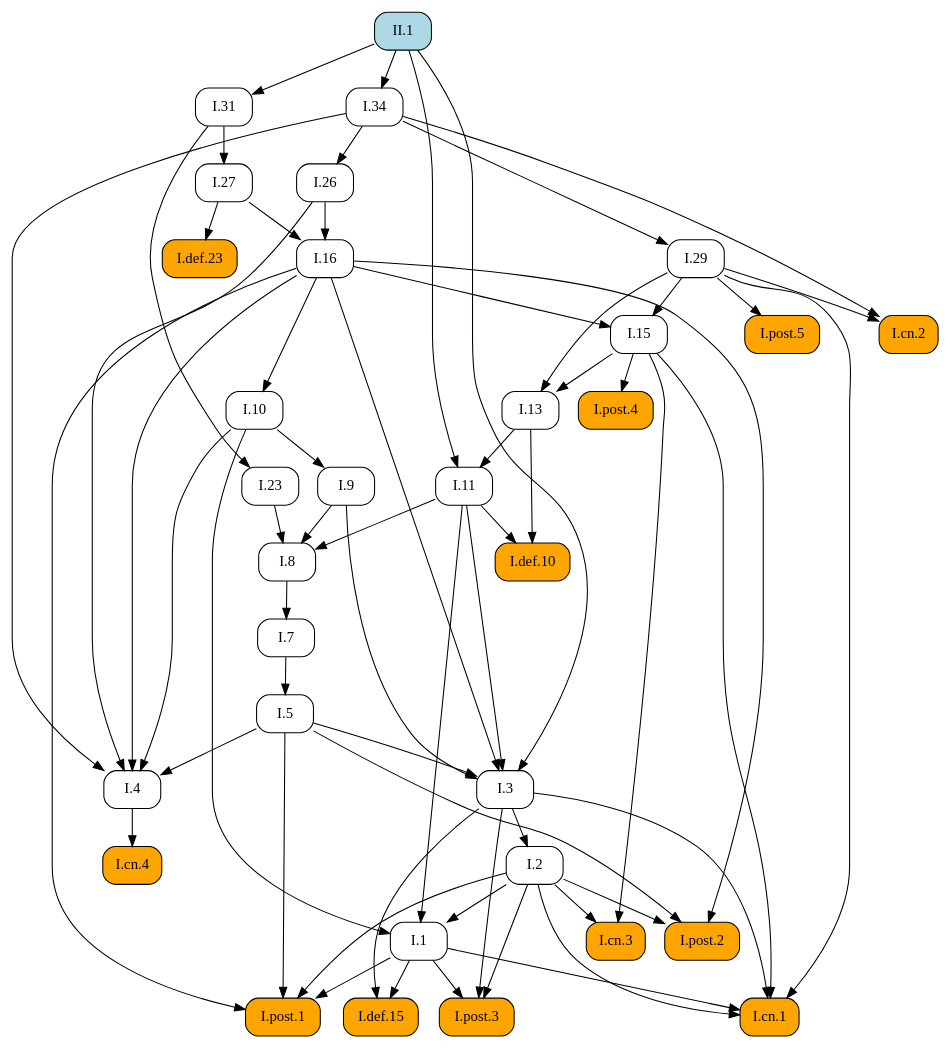
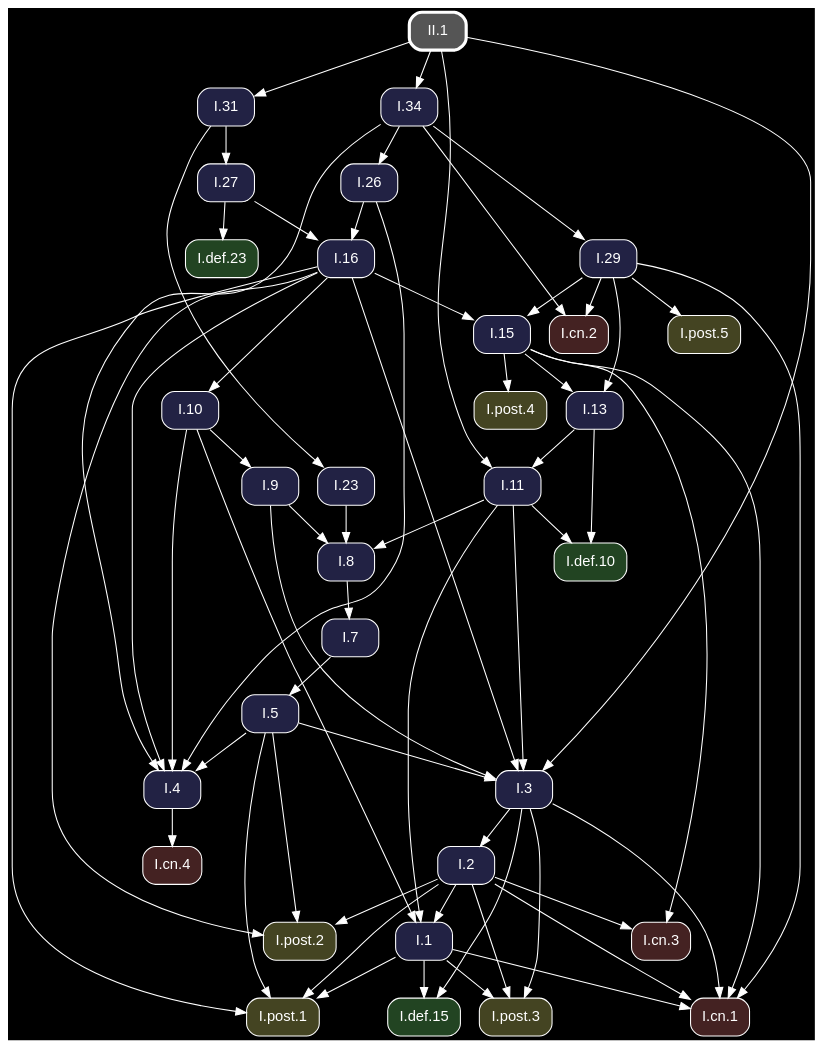
The diagram in docsrc/heath/II/1/index.rst (geometor/elements), drawn with Graphviz before and after one commit. The commit also changed other lines of this file and 1200 other files, not shown here.

Commit message:
update dependency graphs

```diff
--- a/docsrc/heath/II/1/index.rst
+++ b/docsrc/heath/II/1/index.rst
@@ -48,100 +48,102 @@
 .. graphviz::
 
    digraph {
+     bgcolor="black";
+     node [shape=box, style="rounded,filled", fontname="Helvetica", color="white", fontcolor="white"];
+     edge [color="white", fontcolor="white"];
      rankdir="TB";
-     node [shape=box, style=rounded];
-     "I.23" [URL="/heath/I/23/", target="_top"];
-     "I.9" [URL="/heath/I/9/", target="_top"];
-     "I.cn.1" [style="rounded,filled", fillcolor=orange, URL="/heath/I/cn.1/", target="_top"];
-     "II.1" [style="rounded,filled", fillcolor=lightblue, URL="/heath/II/1/", target="_top"];
-     "I.7" [URL="/heath/I/7/", target="_top"];
-     "I.2" [URL="/heath/I/2/", target="_top"];
-     "I.def.15" [style="rounded,filled", fillcolor=orange, URL="/heath/I/def.15/", target="_top"];
-     "I.13" [URL="/heath/I/13/", target="_top"];
-     "I.post.4" [style="rounded,filled", fillcolor=orange, URL="/heath/I/post.4/", target="_top"];
-     "I.4" [URL="/heath/I/4/", target="_top"];
-     "I.1" [URL="/heath/I/1/", target="_top"];
-     "I.post.3" [style="rounded,filled", fillcolor=orange, URL="/heath/I/post.3/", target="_top"];
-     "I.post.1" [style="rounded,filled", fillcolor=orange, URL="/heath/I/post.1/", target="_top"];
-     "I.5" [URL="/heath/I/5/", target="_top"];
-     "I.8" [URL="/heath/I/8/", target="_top"];
-     "I.29" [URL="/heath/I/29/", target="_top"];
-     "I.cn.3" [style="rounded,filled", fillcolor=orange, URL="/heath/I/cn.3/", target="_top"];
-     "I.16" [URL="/heath/I/16/", target="_top"];
-     "I.31" [URL="/heath/I/31/", target="_top"];
-     "I.def.10" [style="rounded,filled", fillcolor=orange, URL="/heath/I/def.10/", target="_top"];
-     "I.15" [URL="/heath/I/15/", target="_top"];
-     "I.10" [URL="/heath/I/10/", target="_top"];
-     "I.11" [URL="/heath/I/11/", target="_top"];
-     "I.def.23" [style="rounded,filled", fillcolor=orange, URL="/heath/I/def.23/", target="_top"];
-     "I.cn.2" [style="rounded,filled", fillcolor=orange, URL="/heath/I/cn.2/", target="_top"];
-     "I.27" [URL="/heath/I/27/", target="_top"];
-     "I.post.5" [style="rounded,filled", fillcolor=orange, URL="/heath/I/post.5/", target="_top"];
-     "I.cn.4" [style="rounded,filled", fillcolor=orange, URL="/heath/I/cn.4/", target="_top"];
-     "I.post.2" [style="rounded,filled", fillcolor=orange, URL="/heath/I/post.2/", target="_top"];
-     "I.26" [URL="/heath/I/26/", target="_top"];
-     "I.34" [URL="/heath/I/34/", target="_top"];
-     "I.3" [URL="/heath/I/3/", target="_top"];
-     "I.31" -> "I.23";
-     "I.10" -> "I.9";
+     "I.31" [fillcolor="#222244", URL="/heath/I/31/", target="_top"];
+     "I.3" [fillcolor="#222244", URL="/heath/I/3/", target="_top"];
+     "I.post.1" [fillcolor="#444422", URL="/heath/I/post.1/", target="_top"];
+     "I.cn.1" [fillcolor="#442222", URL="/heath/I/cn.1/", target="_top"];
+     "I.def.10" [fillcolor="#224422", URL="/heath/I/def.10/", target="_top"];
+     "I.15" [fillcolor="#222244", URL="/heath/I/15/", target="_top"];
+     "I.11" [fillcolor="#222244", URL="/heath/I/11/", target="_top"];
+     "I.16" [fillcolor="#222244", URL="/heath/I/16/", target="_top"];
+     "I.cn.3" [fillcolor="#442222", URL="/heath/I/cn.3/", target="_top"];
+     "I.13" [fillcolor="#222244", URL="/heath/I/13/", target="_top"];
+     "I.27" [fillcolor="#222244", URL="/heath/I/27/", target="_top"];
+     "I.2" [fillcolor="#222244", URL="/heath/I/2/", target="_top"];
+     "I.29" [fillcolor="#222244", URL="/heath/I/29/", target="_top"];
+     "I.cn.2" [fillcolor="#442222", URL="/heath/I/cn.2/", target="_top"];
+     "I.post.2" [fillcolor="#444422", URL="/heath/I/post.2/", target="_top"];
+     "I.cn.4" [fillcolor="#442222", URL="/heath/I/cn.4/", target="_top"];
+     "I.def.23" [fillcolor="#224422", URL="/heath/I/def.23/", target="_top"];
+     "I.9" [fillcolor="#222244", URL="/heath/I/9/", target="_top"];
+     "I.1" [fillcolor="#222244", URL="/heath/I/1/", target="_top"];
+     "I.post.5" [fillcolor="#444422", URL="/heath/I/post.5/", target="_top"];
+     "I.post.4" [fillcolor="#444422", URL="/heath/I/post.4/", target="_top"];
+     "I.23" [fillcolor="#222244", URL="/heath/I/23/", target="_top"];
+     "I.26" [fillcolor="#222244", URL="/heath/I/26/", target="_top"];
+     "I.8" [fillcolor="#222244", URL="/heath/I/8/", target="_top"];
+     "I.4" [fillcolor="#222244", URL="/heath/I/4/", target="_top"];
+     "I.post.3" [fillcolor="#444422", URL="/heath/I/post.3/", target="_top"];
+     "I.34" [fillcolor="#222244", URL="/heath/I/34/", target="_top"];
+     "I.7" [fillcolor="#222244", URL="/heath/I/7/", target="_top"];
+     "I.def.15" [fillcolor="#224422", URL="/heath/I/def.15/", target="_top"];
+     "I.5" [fillcolor="#222244", URL="/heath/I/5/", target="_top"];
+     "II.1" [penwidth=3, color="white", fillcolor="#555555", URL="/heath/II/1/", target="_top"];
+     "I.10" [fillcolor="#222244", URL="/heath/I/10/", target="_top"];
+     "II.1" -> "I.31";
+     "I.5" -> "I.3";
+     "I.9" -> "I.3";
+     "I.11" -> "I.3";
+     "I.16" -> "I.3";
+     "II.1" -> "I.3";
+     "I.1" -> "I.post.1";
+     "I.2" -> "I.post.1";
+     "I.5" -> "I.post.1";
+     "I.16" -> "I.post.1";
      "I.1" -> "I.cn.1";
      "I.2" -> "I.cn.1";
      "I.3" -> "I.cn.1";
      "I.15" -> "I.cn.1";
      "I.29" -> "I.cn.1";
-     "I.8" -> "I.7";
-     "I.3" -> "I.2";
-     "I.1" -> "I.def.15";
-     "I.3" -> "I.def.15";
+     "I.11" -> "I.def.10";
+     "I.13" -> "I.def.10";
+     "I.16" -> "I.15";
+     "I.29" -> "I.15";
+     "I.13" -> "I.11";
+     "II.1" -> "I.11";
+     "I.26" -> "I.16";
+     "I.27" -> "I.16";
+     "I.2" -> "I.cn.3";
+     "I.15" -> "I.cn.3";
      "I.15" -> "I.13";
      "I.29" -> "I.13";
+     "I.31" -> "I.27";
+     "I.3" -> "I.2";
+     "I.34" -> "I.29";
+     "I.29" -> "I.cn.2";
+     "I.34" -> "I.cn.2";
+     "I.2" -> "I.post.2";
+     "I.5" -> "I.post.2";
+     "I.16" -> "I.post.2";
+     "I.4" -> "I.cn.4";
+     "I.27" -> "I.def.23";
+     "I.10" -> "I.9";
+     "I.2" -> "I.1";
+     "I.10" -> "I.1";
+     "I.11" -> "I.1";
+     "I.29" -> "I.post.5";
      "I.15" -> "I.post.4";
+     "I.31" -> "I.23";
+     "I.34" -> "I.26";
+     "I.9" -> "I.8";
+     "I.11" -> "I.8";
+     "I.23" -> "I.8";
      "I.5" -> "I.4";
      "I.10" -> "I.4";
      "I.16" -> "I.4";
      "I.26" -> "I.4";
      "I.34" -> "I.4";
-     "I.2" -> "I.1";
-     "I.10" -> "I.1";
-     "I.11" -> "I.1";
      "I.1" -> "I.post.3";
      "I.2" -> "I.post.3";
      "I.3" -> "I.post.3";
-     "I.1" -> "I.post.1";
-     "I.2" -> "I.post.1";
-     "I.5" -> "I.post.1";
-     "I.16" -> "I.post.1";
+     "II.1" -> "I.34";
+     "I.8" -> "I.7";
+     "I.1" -> "I.def.15";
+     "I.3" -> "I.def.15";
      "I.7" -> "I.5";
-     "I.9" -> "I.8";
-     "I.11" -> "I.8";
-     "I.23" -> "I.8";
-     "I.34" -> "I.29";
-     "I.2" -> "I.cn.3";
-     "I.15" -> "I.cn.3";
-     "I.26" -> "I.16";
-     "I.27" -> "I.16";
-     "II.1" -> "I.31";
-     "I.11" -> "I.def.10";
-     "I.13" -> "I.def.10";
-     "I.16" -> "I.15";
-     "I.29" -> "I.15";
      "I.16" -> "I.10";
-     "I.13" -> "I.11";
-     "II.1" -> "I.11";
-     "I.27" -> "I.def.23";
-     "I.29" -> "I.cn.2";
-     "I.34" -> "I.cn.2";
-     "I.31" -> "I.27";
-     "I.29" -> "I.post.5";
-     "I.4" -> "I.cn.4";
-     "I.2" -> "I.post.2";
-     "I.5" -> "I.post.2";
-     "I.16" -> "I.post.2";
-     "I.34" -> "I.26";
-     "II.1" -> "I.34";
-     "I.5" -> "I.3";
-     "I.9" -> "I.3";
-     "I.11" -> "I.3";
-     "I.16" -> "I.3";
-     "II.1" -> "I.3";
    }
```
